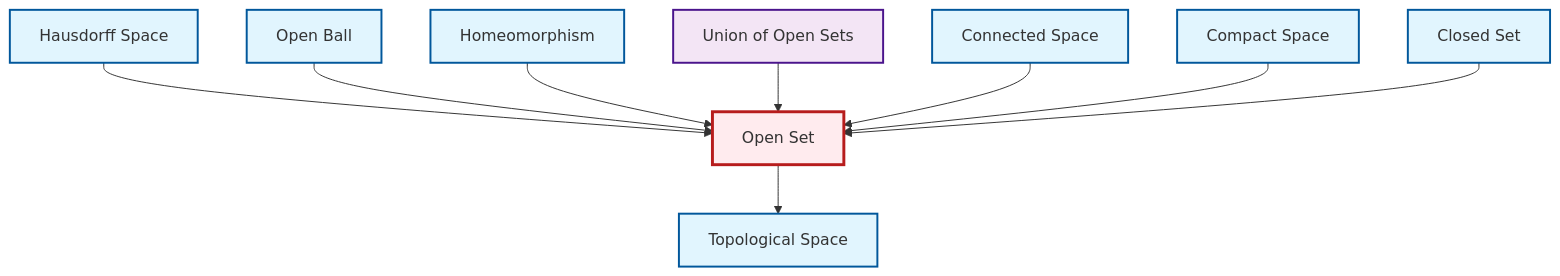
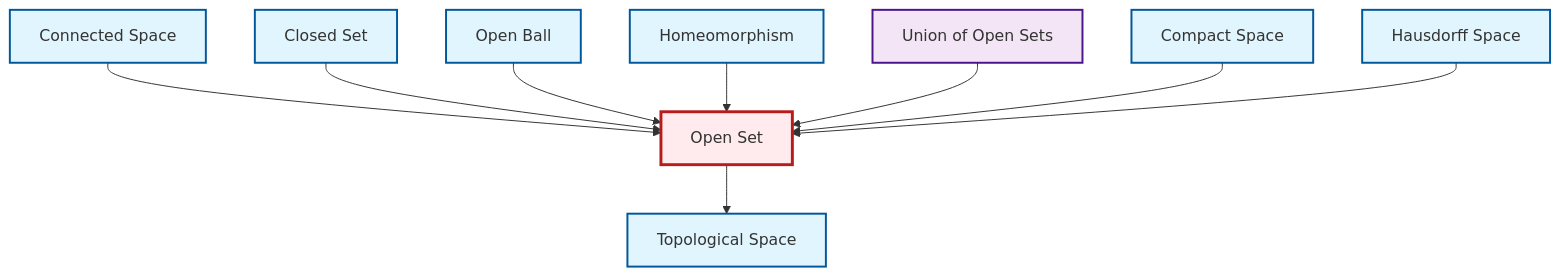
Before and after one commit to RK0429/ModernMath: the diagram in output/mermaid/en/def-open-set.mermaid, drawn with Mermaid. The commit also changed other lines of this file and 3104 other files, not shown here.

```diff
--- a/output/mermaid/en/def-open-set.mermaid
+++ b/output/mermaid/en/def-open-set.mermaid
@@ -1,24 +1,24 @@
 graph TD
     classDef definition fill:#e1f5fe,stroke:#01579b,stroke-width:2px
     classDef theorem fill:#f3e5f5,stroke:#4a148c,stroke-width:2px
     classDef axiom fill:#fff3e0,stroke:#e65100,stroke-width:2px
     classDef example fill:#e8f5e9,stroke:#1b5e20,stroke-width:2px
     classDef current fill:#ffebee,stroke:#b71c1c,stroke-width:3px
+    def-topological-space["Topological Space"]:::definition
+    def-open-set["Open Set"]:::definition
+    def-compact["Compact Space"]:::definition
+    def-hausdorff["Hausdorff Space"]:::definition
+    def-open-ball["Open Ball"]:::definition
+    def-homeomorphism["Homeomorphism"]:::definition
+    def-connected["Connected Space"]:::definition
+    thm-union-open-sets["Union of Open Sets"]:::theorem
     def-closed-set["Closed Set"]:::definition
-    def-homeomorphism["Homeomorphism"]:::definition
-    def-compact["Compact Space"]:::definition
-    def-open-ball["Open Ball"]:::definition
-    def-open-set["Open Set"]:::definition
-    def-hausdorff["Hausdorff Space"]:::definition
-    thm-union-open-sets["Union of Open Sets"]:::theorem
-    def-topological-space["Topological Space"]:::definition
-    def-connected["Connected Space"]:::definition
+    def-connected --> def-open-set
+    def-closed-set --> def-open-set
+    def-open-ball --> def-open-set
+    def-homeomorphism --> def-open-set
+    def-open-set --> def-topological-space
+    thm-union-open-sets --> def-open-set
+    def-compact --> def-open-set
     def-hausdorff --> def-open-set
-    def-open-ball --> def-open-set
-    def-open-set --> def-topological-space
-    def-homeomorphism --> def-open-set
-    thm-union-open-sets --> def-open-set
-    def-connected --> def-open-set
-    def-compact --> def-open-set
-    def-closed-set --> def-open-set
     class def-open-set current
```
